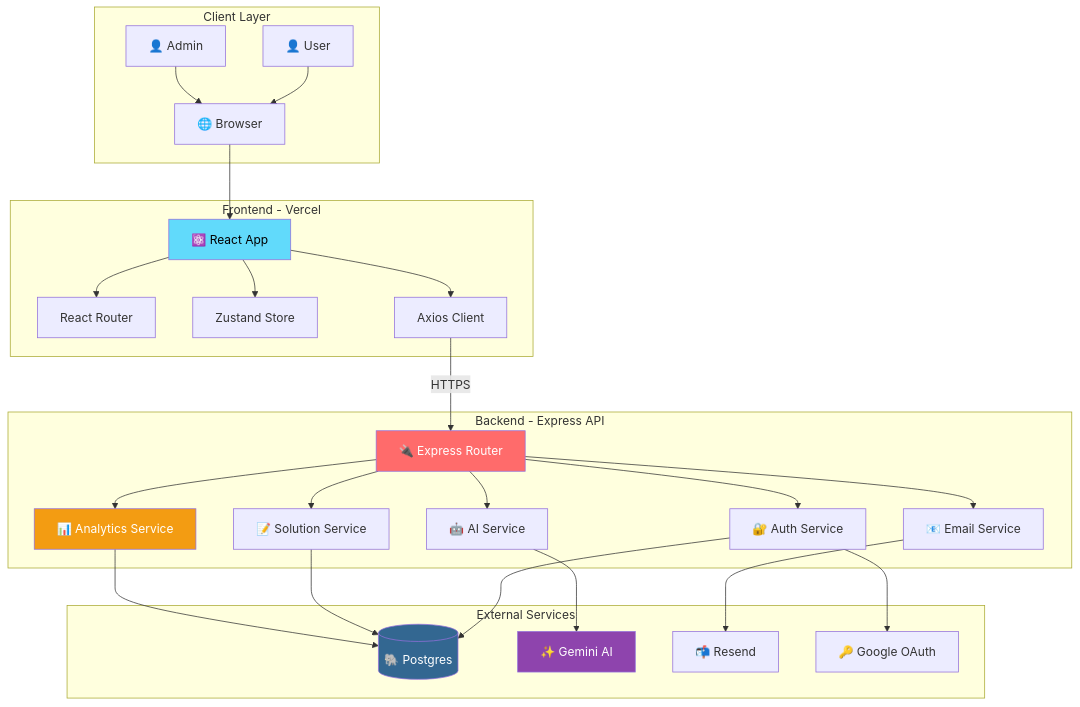
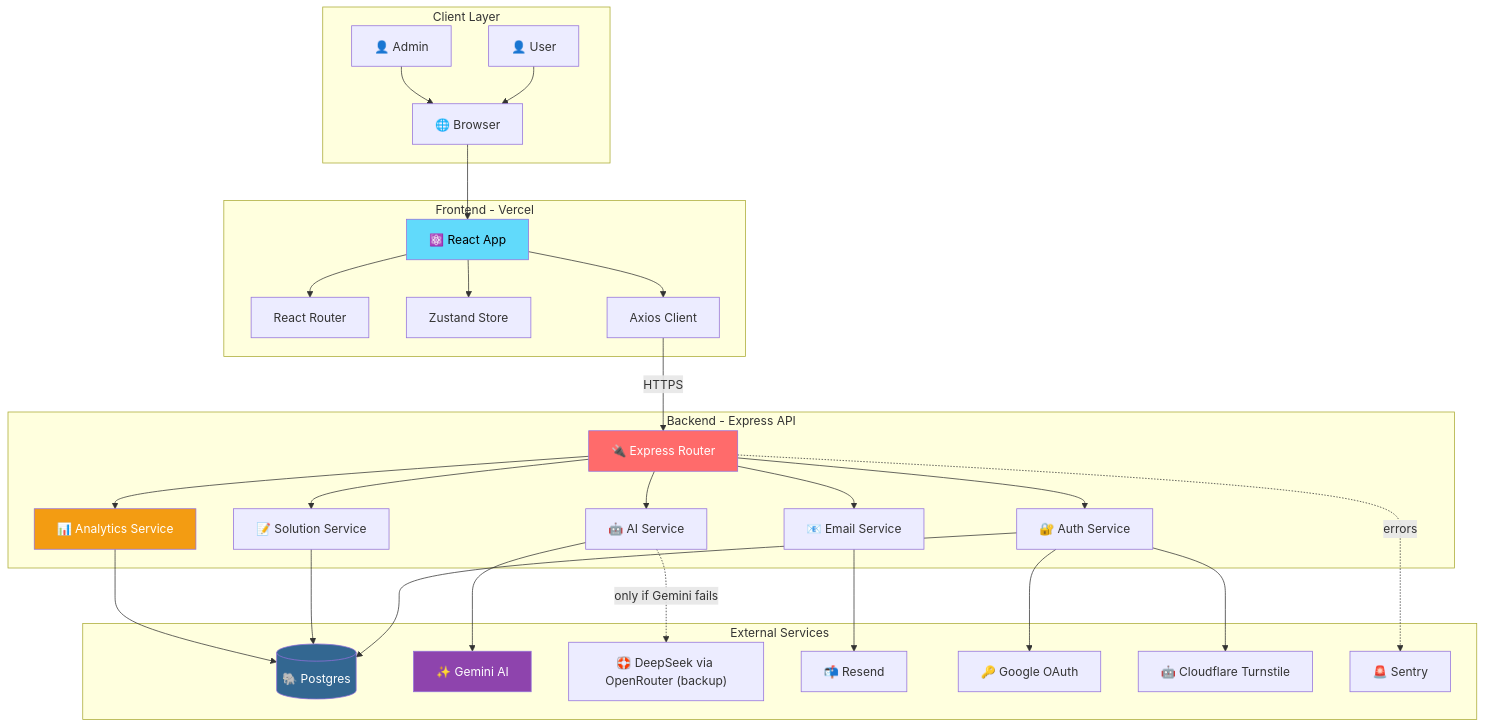
The first of 8 diagrams in docs/architecture.md (AbhishekBalija/MathGPT), drawn with Mermaid before and after one commit. The commit also changed other lines of this file and 4 other files, not shown here.

````diff
--- a/docs/architecture.md
+++ b/docs/architecture.md
@@ -9,58 +9,64 @@
 ```mermaid
 graph TB
     subgraph "Client Layer"
         USER["👤 User"]
         ADMIN["👤 Admin"]
         BROWSER["🌐 Browser"]
     end
 
     subgraph "Frontend - Vercel"
         REACT["⚛️ React App"]
         ROUTER["React Router"]
         ZUSTAND["Zustand Store"]
         AXIOS["Axios Client"]
     end
 
     subgraph "Backend - Express API"
         API["🔌 Express Router"]
         AUTH["🔐 Auth Service"]
         AI["🤖 AI Service"]
         SOLUTION["📝 Solution Service"]
         EMAIL["📧 Email Service"]
         ANALYTICS["📊 Analytics Service"]
     end
 
     subgraph "External Services"
         POSTGRES[("🐘 Postgres")]
         GEMINI["✨ Gemini AI"]
+        DEEPSEEK["🛟 DeepSeek via OpenRouter (backup)"]
         RESEND["📬 Resend"]
         GOOGLE["🔑 Google OAuth"]
+        TURNSTILE["🤖 Cloudflare Turnstile"]
+        SENTRY["🚨 Sentry"]
     end
 
     USER --> BROWSER
     ADMIN --> BROWSER
     BROWSER --> REACT
     REACT --> ROUTER
     REACT --> ZUSTAND
     REACT --> AXIOS
     AXIOS -->|HTTPS| API
 
     API --> AUTH
     API --> AI
     API --> SOLUTION
     API --> EMAIL
     API --> ANALYTICS
 
     AUTH --> POSTGRES
     AUTH --> GOOGLE
     SOLUTION --> POSTGRES
     AI --> GEMINI
+    AI -.->|only if Gemini fails| DEEPSEEK
+    AUTH --> TURNSTILE
+    API -.->|errors| SENTRY
     EMAIL --> RESEND
     ANALYTICS --> POSTGRES
 
     style REACT fill:#61dafb,color:#000
     style POSTGRES fill:#336791,color:#fff
     style GEMINI fill:#8e44ad,color:#fff
     style API fill:#ff6b6b,color:#fff
     style ANALYTICS fill:#f39c12,color:#fff
 ```
````
